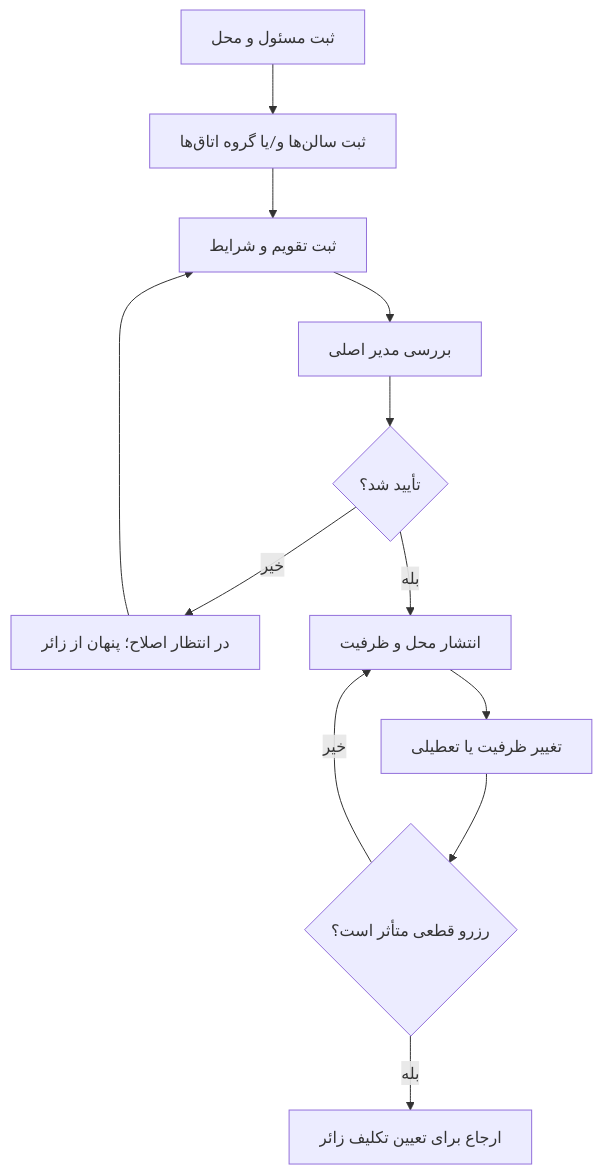
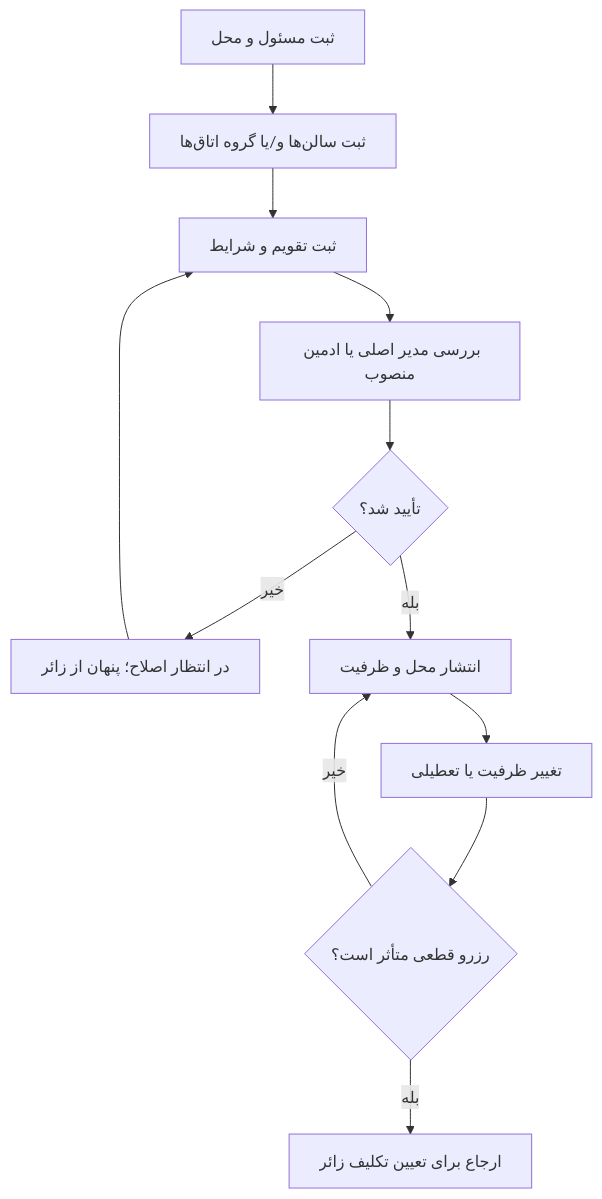
One commit to elyas5203/rezervasiyonBOT changed the diagram in docs/ai/domains/LODGING_INVENTORY.md. Above: the diagram before and after it, drawn with Mermaid. The commit also changed other lines of this file and 18 other files, not shown here.

````diff
--- a/docs/ai/domains/LODGING_INVENTORY.md
+++ b/docs/ai/domains/LODGING_INVENTORY.md
@@ -19,14 +19,14 @@
 ```mermaid
 flowchart TD
     A["ثبت مسئول و محل"] --> B["ثبت سالن‌ها و/یا گروه اتاق‌ها"]
     B --> C["ثبت تقویم و شرایط"]
-    C --> D["بررسی مدیر اصلی"]
+    C --> D["بررسی مدیر اصلی یا ادمین منصوب"]
     D --> E{"تأیید شد؟"}
     E -->|"خیر"| F["در انتظار اصلاح؛ پنهان از زائر"]
     F --> C
     E -->|"بله"| G["انتشار محل و ظرفیت"]
     G --> H["تغییر ظرفیت یا تعطیلی"]
     H --> I{"رزرو قطعی متأثر است؟"}
     I -->|"بله"| J["ارجاع برای تعیین تکلیف زائر"]
     I -->|"خیر"| G
 ```
````
